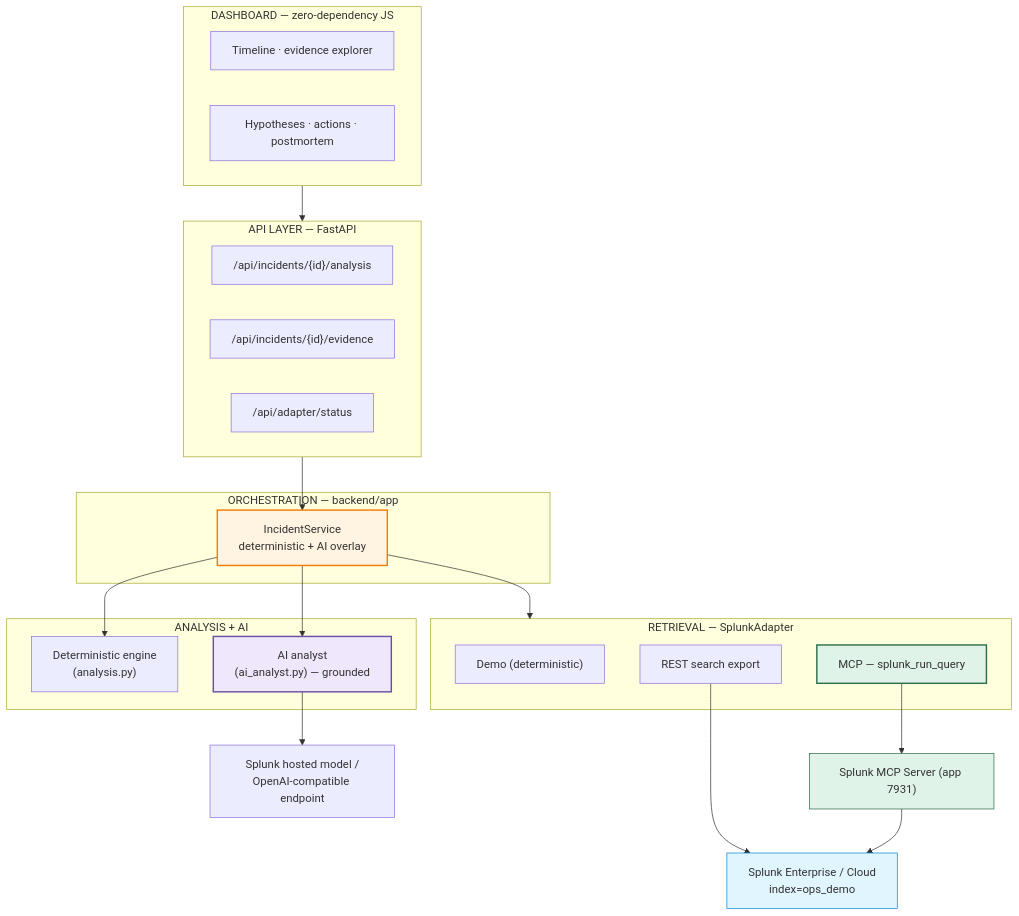
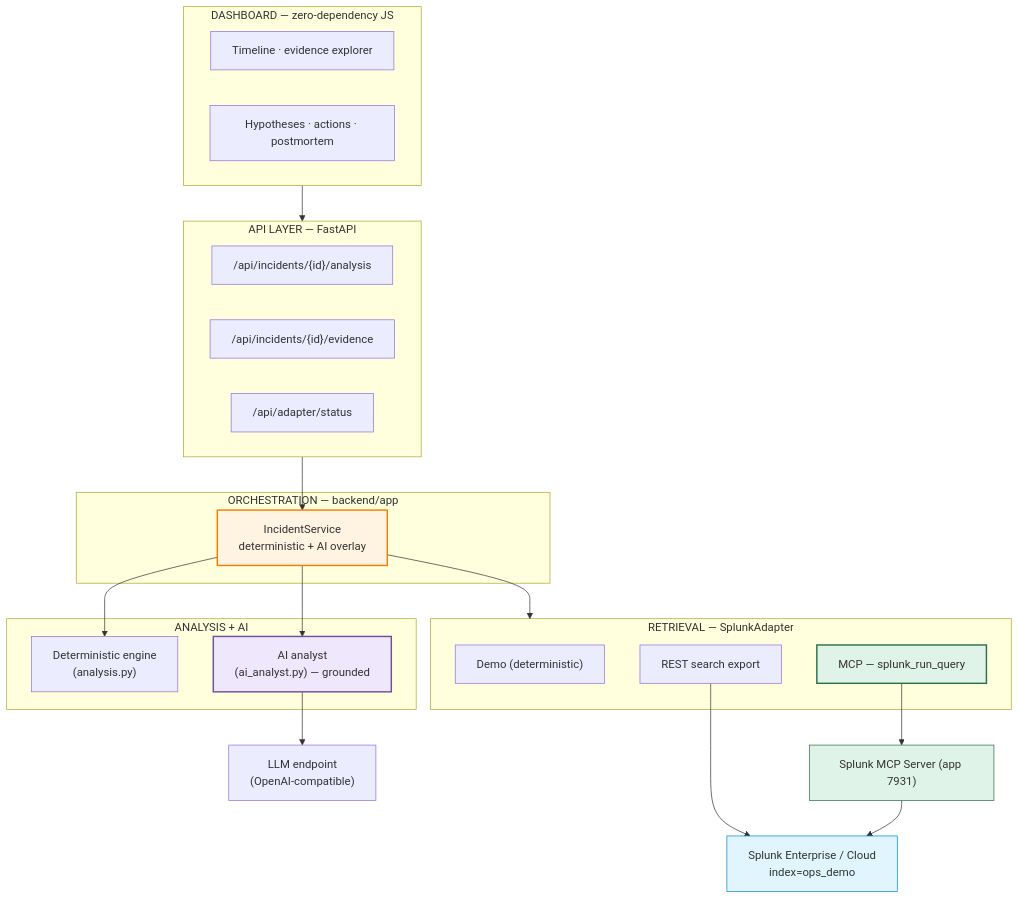
One commit to Sai-Krishna99/splunk-ops-flight-recorder changed the second of 3 diagrams in README.md. Above: the diagram before and after it, drawn with Mermaid. The commit also changed other lines of this file, not shown here.

Commit message:
docs: anchor Splunk-AI claim on the MCP Server; reframe reasoning as a pluggable LLM

````diff
--- a/README.md
+++ b/README.md
@@ -74,41 +74,41 @@
 ```mermaid
 graph TB
     subgraph UI["DASHBOARD — zero-dependency JS"]
         D1["Timeline · evidence explorer"]
         D2["Hypotheses · actions · postmortem"]
     end
     subgraph API["API LAYER — FastAPI"]
         A1["/api/incidents/{id}/analysis"]
         A2["/api/incidents/{id}/evidence"]
         A3["/api/adapter/status"]
     end
     subgraph SVC["ORCHESTRATION — backend/app"]
         ORCH["IncidentService<br/>deterministic + AI overlay"]
     end
     subgraph CORE["ANALYSIS + AI"]
         DET["Deterministic engine<br/>(analysis.py)"]
         AI["AI analyst<br/>(ai_analyst.py) — grounded"]
     end
     subgraph RET["RETRIEVAL — SplunkAdapter"]
         R1["Demo (deterministic)"]
         R2["REST search export"]
         R3["MCP — splunk_run_query"]
     end
 
     SPLUNK["Splunk Enterprise / Cloud<br/>index=ops_demo"]
     MCPSRV["Splunk MCP Server (app 7931)"]
-    MODEL["Splunk hosted model /<br/>OpenAI-compatible endpoint"]
+    MODEL["LLM endpoint<br/>(OpenAI-compatible)"]
 
     UI --> API
     API --> ORCH
     ORCH --> DET & AI & RET
     R2 --> SPLUNK
     R3 --> MCPSRV --> SPLUNK
     AI --> MODEL
 
     style ORCH fill:#fff4e1,stroke:#f57c00,stroke-width:2px
     style AI fill:#efe7fb,stroke:#6b4fa0,stroke-width:2px
     style R3 fill:#dff3e8,stroke:#2c6e49,stroke-width:2px
     style SPLUNK fill:#e1f5ff,stroke:#0288d1
     style MCPSRV fill:#dff3e8,stroke:#2c6e49
 ```
````
